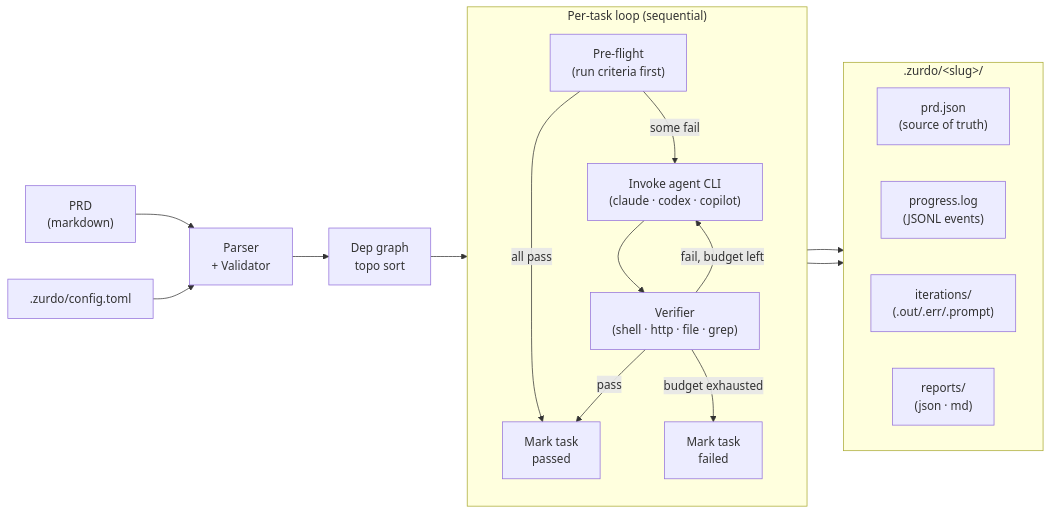
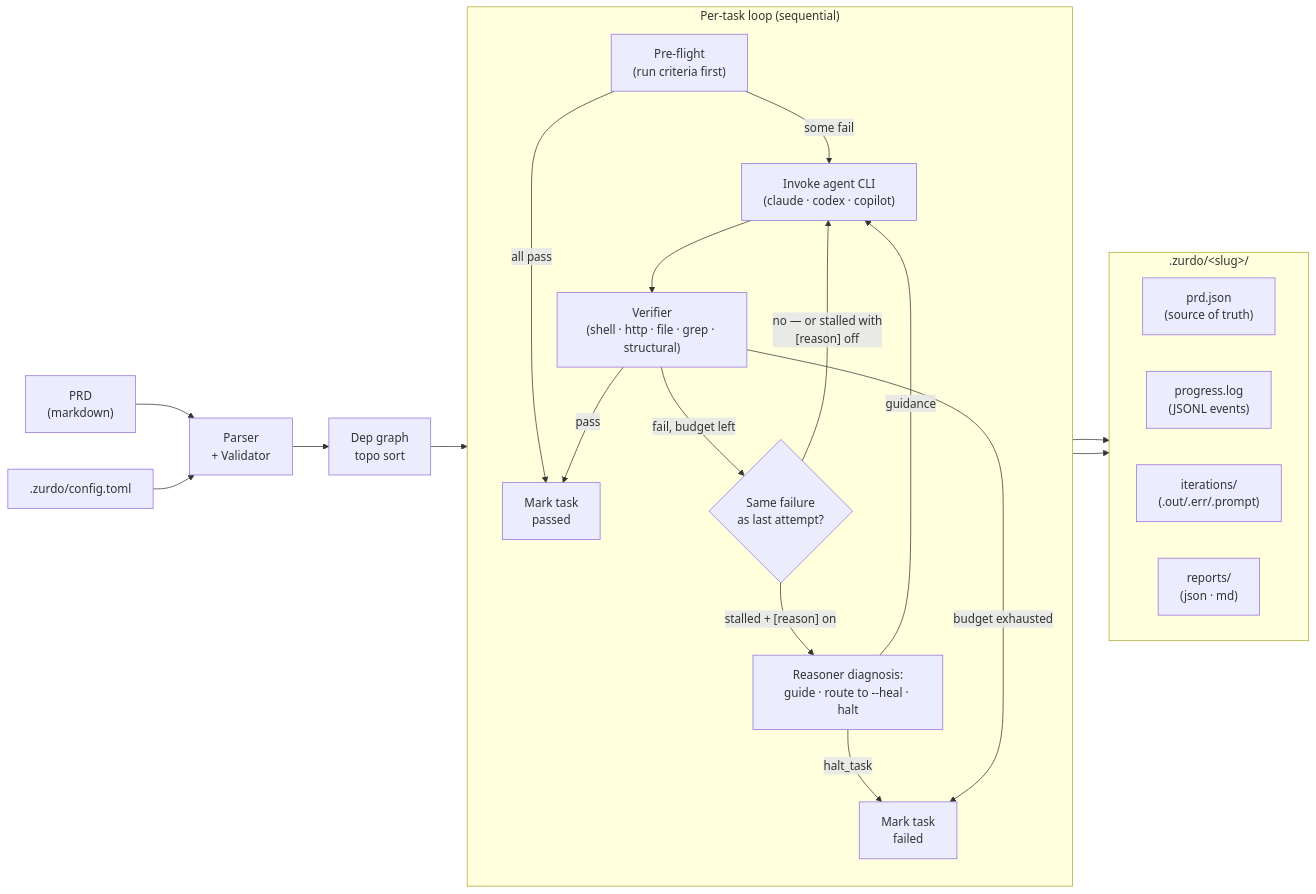
One commit to NumeronAI/zurdo.github.io changed the diagram in docs/how-it-works.md. Above: the diagram before and after it, drawn with Mermaid. The commit also changed other lines of this file and 11 other files, not shown here.

First line of the commit message:
Update docs to v1.6.0: reason subsystem, structural hints, workflow guide

````diff
--- a/docs/how-it-works.md
+++ b/docs/how-it-works.md
@@ -35,28 +36,32 @@
 ```mermaid
 flowchart LR
     PRD["PRD<br/>(markdown)"] --> PARSE["Parser<br/>+ Validator"]
     CONFIG[".zurdo/config.toml"] --> PARSE
     PARSE --> GRAPH["Dep graph<br/>topo sort"]
     GRAPH --> LOOP
 
     subgraph LOOP ["Per-task loop (sequential)"]
         direction TB
         PREFLIGHT["Pre-flight<br/>(run criteria first)"] -->|all pass| DONE
         PREFLIGHT -->|some fail| AGENT["Invoke agent CLI<br/>(claude · codex · copilot)"]
-        AGENT --> VERIFY["Verifier<br/>(shell · http · file · grep)"]
+        AGENT --> VERIFY["Verifier<br/>(shell · http · file · grep · structural)"]
         VERIFY -->|pass| DONE["Mark task<br/>passed"]
-        VERIFY -->|fail, budget left| AGENT
+        VERIFY -->|fail, budget left| STALLQ{"Same failure<br/>as last attempt?"}
+        STALLQ -->|"no — or stalled with<br/>[reason] off"| AGENT
+        STALLQ -->|"stalled + [reason] on"| DIAG["Reasoner diagnosis:<br/>guide · route to --heal · halt"]
+        DIAG -->|guidance| AGENT
+        DIAG -->|halt_task| FAIL
         VERIFY -->|budget exhausted| FAIL["Mark task<br/>failed"]
     end
 
     DONE --> STATE
     FAIL --> STATE
 
     subgraph STATE [".zurdo/&lt;slug&gt;/"]
         direction LR
         PRDJSON["prd.json<br/>(source of truth)"]
         PROGLOG["progress.log<br/>(JSONL events)"]
         ITERS["iterations/<br/>(.out/.err/.prompt)"]
         REPORTS["reports/<br/>(json · md)"]
     end
 ```
````
